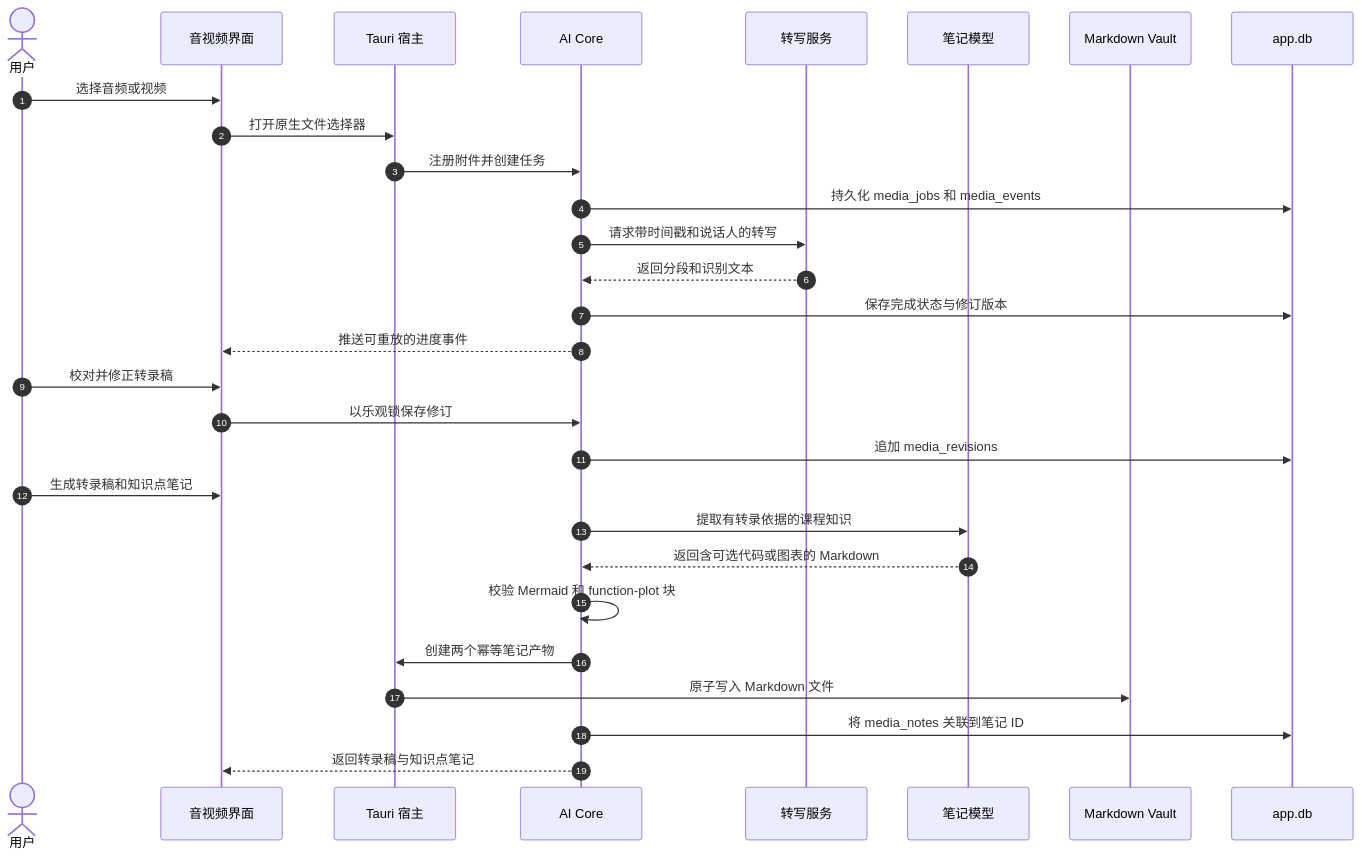
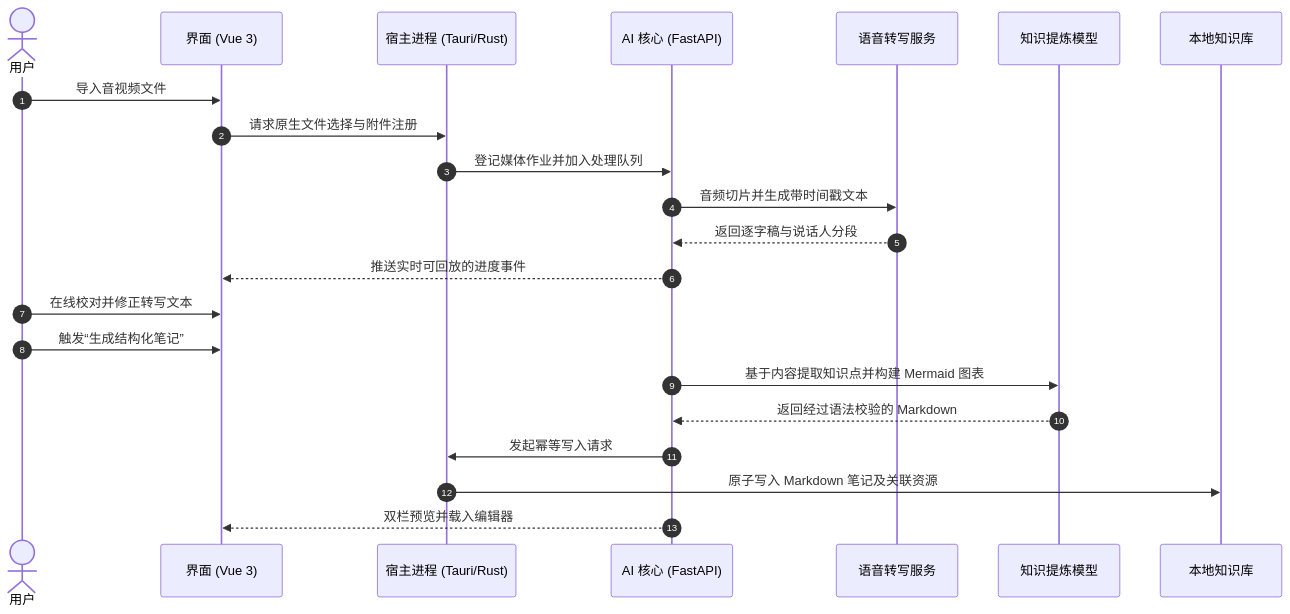
The first of 4 diagrams in README.zh-CN.md (KiriAky107/OpenNexus), drawn with Mermaid before and after one commit. The commit also changed other lines of this file, not shown here.

````diff
--- a/README.zh-CN.md
+++ b/README.zh-CN.md
@@ -86,32 +80,26 @@
 ```mermaid
 sequenceDiagram
     autonumber
     actor User as 用户
-    participant UI as 音视频界面
-    participant Host as Tauri 宿主
-    participant Core as AI Core
-    participant ASR as 转写服务
-    participant Model as 笔记模型
-    participant Vault as Markdown Vault
-    participant DB as app.db
+    participant UI as 界面 (Vue 3)
+    participant Host as 宿主进程 (Tauri/Rust)
+    participant Core as AI 核心 (FastAPI)
+    participant ASR as 语音转写服务
+    participant LLM as 知识提炼模型
+    participant Vault as 本地知识库
 
-    User->>UI: 选择音频或视频
-    UI->>Host: 打开原生文件选择器
-    Host->>Core: 注册附件并创建任务
-    Core->>DB: 持久化 media_jobs 和 media_events
-    Core->>ASR: 请求带时间戳和说话人的转写
-    ASR-->>Core: 返回分段和识别文本
-    Core->>DB: 保存完成状态与修订版本
-    Core-->>UI: 推送可重放的进度事件
-    User->>UI: 校对并修正转录稿
-    UI->>Core: 以乐观锁保存修订
-    Core->>DB: 追加 media_revisions
-    User->>UI: 生成转录稿和知识点笔记
-    Core->>Model: 提取有转录依据的课程知识
-    Model-->>Core: 返回含可选代码或图表的 Markdown
-    Core->>Core: 校验 Mermaid 和 function-plot 块
-    Core->>Host: 创建两个幂等笔记产物
-    Host->>Vault: 原子写入 Markdown 文件
-    Core->>DB: 将 media_notes 关联到笔记 ID
-    Core-->>UI: 返回转录稿与知识点笔记
+    User->>UI: 导入音视频文件
+    UI->>Host: 请求原生文件选择与附件注册
+    Host->>Core: 登记媒体作业并加入处理队列
+    Core->>ASR: 音频切片并生成带时间戳文本
+    ASR-->>Core: 返回逐字稿与说话人分段
+    Core-->>UI: 推送实时可回放的进度事件
+    User->>UI: 在线校对并修正转写文本
+    User->>UI: 触发“生成结构化笔记”
+    Core->>LLM: 基于内容提取知识点并构建 Mermaid 图表
+    LLM-->>Core: 返回经过语法校验的 Markdown
+    Core->>Host: 发起幂等写入请求
+    Host->>Vault: 原子写入 Markdown 笔记及关联资源
+    Core-->>UI: 双栏预览并载入编辑器
+
 ```
````
